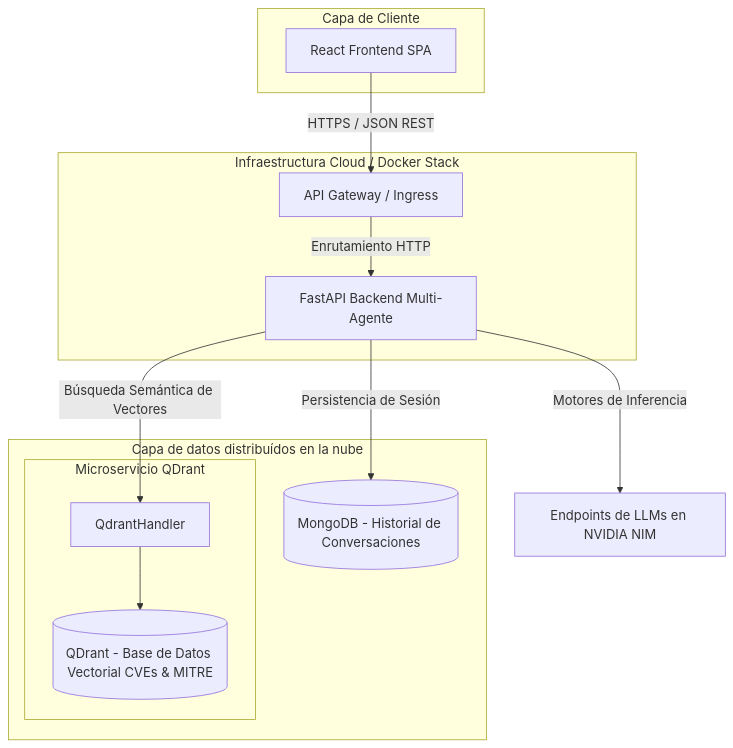
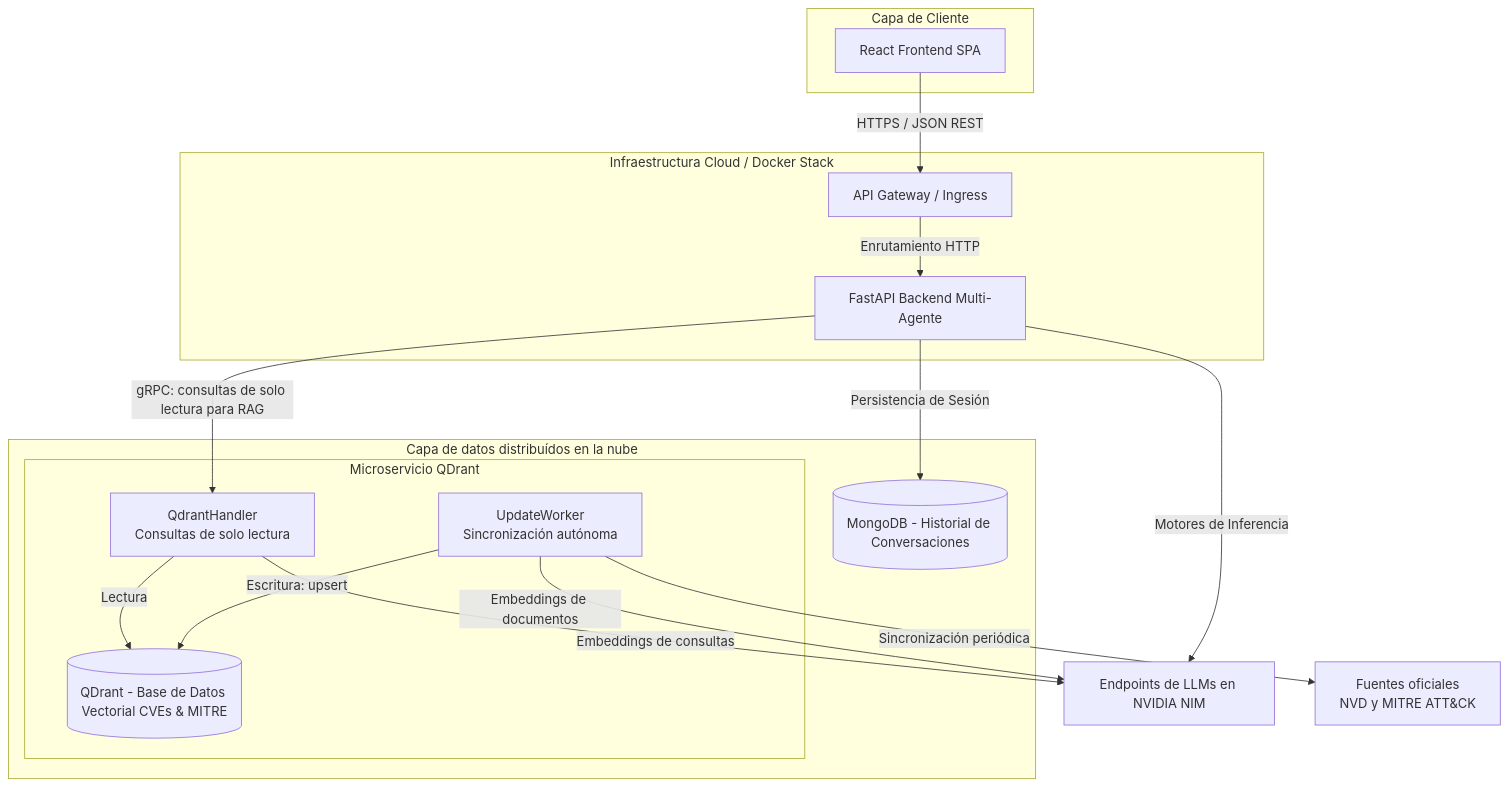
Before and after one commit to pgonzs08/CyberGuard: the first of 2 diagrams in README.md, drawn with Mermaid. The commit also changed other lines of this file and 15 other files, not shown here.

````diff
--- a/README.md
+++ b/README.md
@@ -51,30 +51,36 @@
 ```mermaid
 graph TD
     subgraph Cliente [Capa de Cliente]
         UI[React Frontend SPA]
     end
 
     subgraph Backend [Infraestructura Cloud / Docker Stack]
         Gateway[API Gateway / Ingress]
         API[FastAPI Backend Multi-Agente]
     end
 
     subgraph DataLayer[Capa de datos distribuídos en la nube]
           Mongo[(MongoDB - Historial de Conversaciones)]
 
       subgraph QDrant [Microservicio QDrant]
-          QHandler[QdrantHandler]
+          QHandler["QdrantHandler<br>Consultas de solo lectura"]
+          Worker["UpdateWorker<br>Sincronización autónoma"]
           Qdrant[(QDrant - Base de Datos Vectorial CVEs & MITRE)]
       end
     end
 
     NVIDIA[Endpoints de LLMs en NVIDIA NIM]
+    Fuentes["Fuentes oficiales<br>NVD y MITRE ATT&CK"]
 
     UI -->|HTTPS / JSON REST| Gateway
     Gateway -->|Enrutamiento HTTP| API
     API -->|Motores de Inferencia| NVIDIA
     API -->|Persistencia de Sesión| Mongo
-    API -->|Búsqueda Semántica de Vectores| QHandler
-    QHandler --> Qdrant
+    API -->|gRPC: consultas de solo lectura para RAG| QHandler
+    QHandler -->|Lectura| Qdrant
+    QHandler -->|Embeddings de consultas| NVIDIA
+    Worker -->|Escritura: upsert| Qdrant
+    Worker -->|Embeddings de documentos| NVIDIA
+    Worker -->|Sincronización periódica| Fuentes
 
 ```
````
